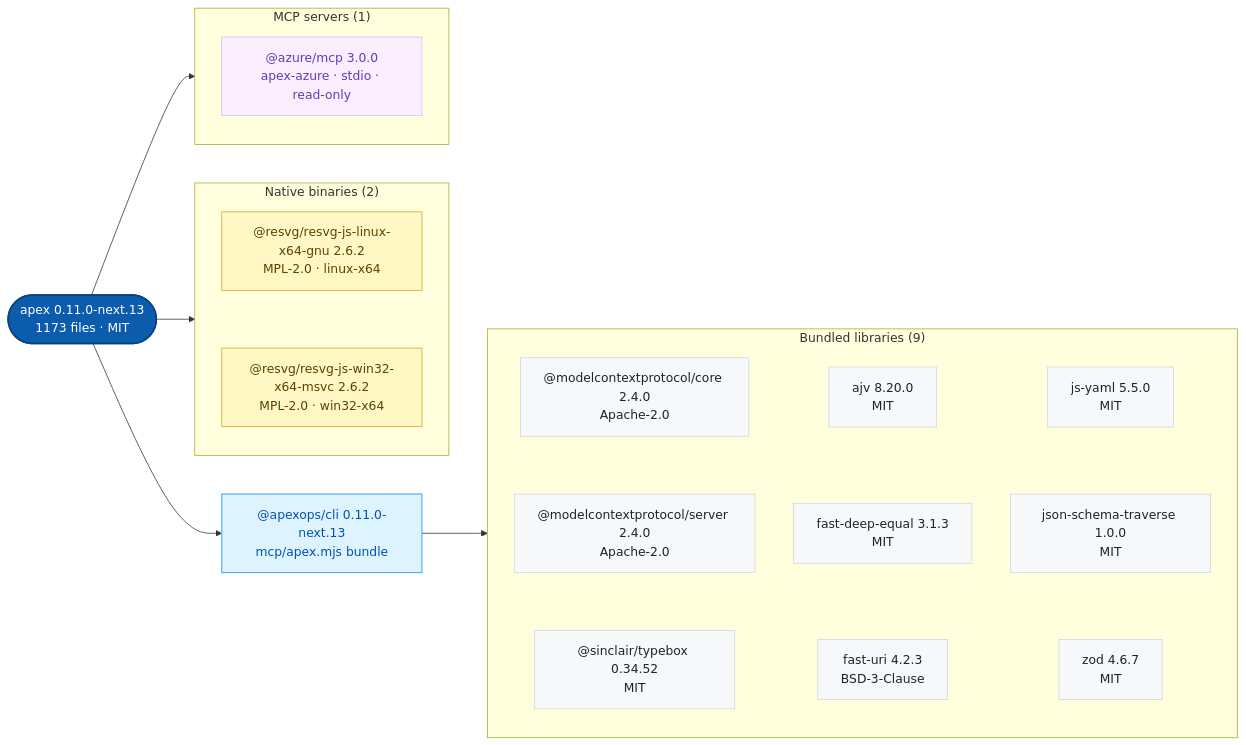
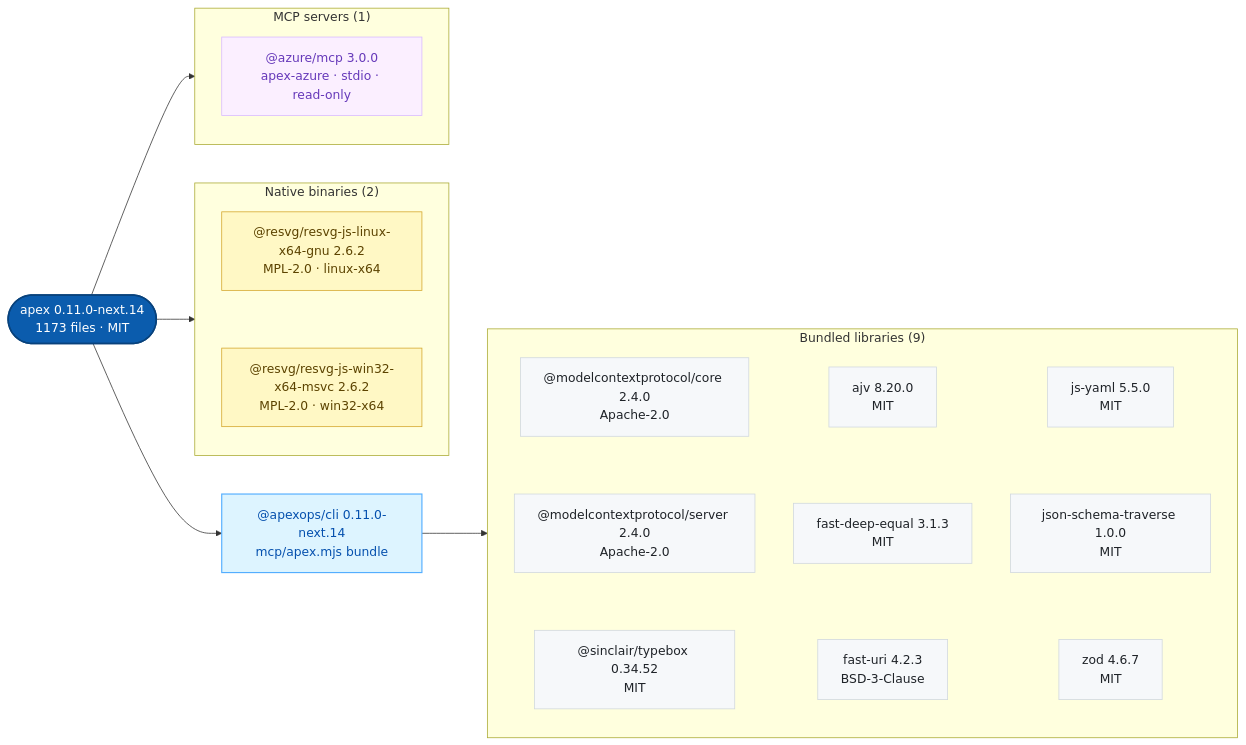
The second of 2 diagrams in README.md (jonathan-vella/apex-plugins), drawn with Mermaid before and after one commit. The commit also changed other lines of this file and 19 other files, not shown here.

First line of the commit message:
chore(release): publish apex 0.11.0-next.14 (#18)

````diff
--- a/README.md
+++ b/README.md
@@ -43,41 +43,41 @@
 ```mermaid
 flowchart LR
-    n0(["apex 0.11.0-next.13<br/>1173 files · MIT"])
-    n1["@apexops/cli 0.11.0-next.13<br/>mcp/apex.mjs bundle"]
+    n0(["apex 0.11.0-next.14<br/>1173 files · MIT"])
+    n1["@apexops/cli 0.11.0-next.14<br/>mcp/apex.mjs bundle"]
     subgraph g0["Bundled libraries (9)"]
       n2["@modelcontextprotocol/core 2.4.0<br/>Apache-2.0"]
       n3["@modelcontextprotocol/server 2.4.0<br/>Apache-2.0"]
       n4["@sinclair/typebox 0.34.52<br/>MIT"]
       n5["ajv 8.20.0<br/>MIT"]
       n6["fast-deep-equal 3.1.3<br/>MIT"]
       n7["fast-uri 4.2.3<br/>BSD-3-Clause"]
       n8["js-yaml 5.5.0<br/>MIT"]
       n9["json-schema-traverse 1.0.0<br/>MIT"]
       n10["zod 4.6.7<br/>MIT"]
       n2 ~~~ n3 ~~~ n4
       n5 ~~~ n6 ~~~ n7
       n8 ~~~ n9 ~~~ n10
     end
     subgraph g1["Native binaries (2)"]
       n11["@resvg/resvg-js-linux-x64-gnu 2.6.2<br/>MPL-2.0 · linux-x64"]
       n12["@resvg/resvg-js-win32-x64-msvc 2.6.2<br/>MPL-2.0 · win32-x64"]
       n11 ~~~ n12
     end
     subgraph g2["MCP servers (1)"]
       n13["@azure/mcp 3.0.0<br/>apex-azure · stdio · read-only"]
     end
     n0 --> n1
     n1 --> g0
     n0 --> g1
     n0 --> g2
     classDef plugin fill:#0b5cad,color:#ffffff,stroke:#08427c,stroke-width:2px
     classDef cli fill:#ddf4ff,color:#0550ae,stroke:#54aeff,stroke-width:1.5px
     classDef lib fill:#f6f8fa,color:#1f2328,stroke:#d0d7de
     classDef native fill:#fff8c5,color:#5c4300,stroke:#d4a72c
     classDef service fill:#fbefff,color:#6639ba,stroke:#d8b9ff
     class n0 plugin
     class n1 cli
     class n2,n3,n4,n5,n6,n7,n8,n9,n10 lib
     class n11,n12 native
     class n13 service
 ```
````
